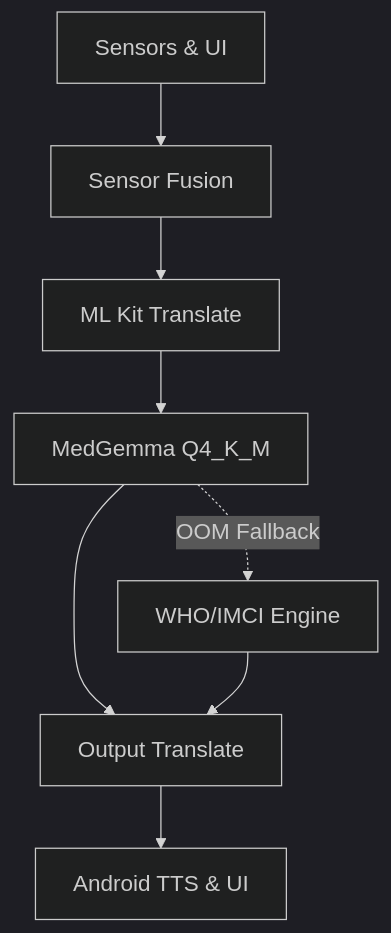
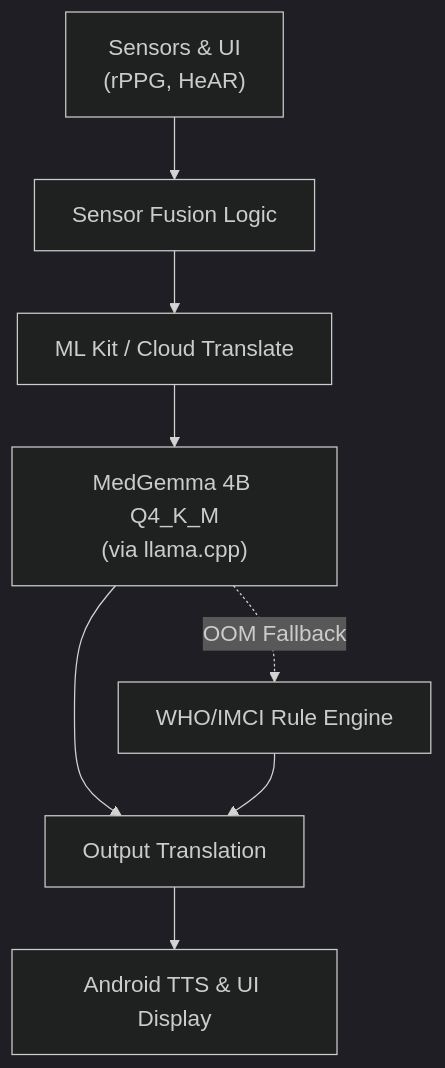
One commit to Elormyevu/nku-medgemma-conversion changed the diagram in kaggle_submission_appendix.md. Above: the diagram before and after it, drawn with Mermaid.

Commit message:
docs: Recreated full architecture diagram with Unicode Em-Space padding to fix Kaggle truncation bug

````diff
--- a/kaggle_submission_appendix.md
+++ b/kaggle_submission_appendix.md
@@ -752,11 +752,11 @@
 ```mermaid
 %%{init: {'theme':'dark', 'themeVariables':{'fontSize':'18px'}}}%%
 graph TD
-    Sensors["Sensors & UI"] --> Fusion["Sensor Fusion"]
-    Fusion --> TransIn["ML Kit Translate"]
-    TransIn --> MedGemma["MedGemma Q4_K_M"]
-    MedGemma -. "OOM Fallback" .-> IMCI["WHO/IMCI Engine"]
-    MedGemma --> TransOut["Output Translate"]
+    Sensors["   Sensors & UI\n(rPPG, HeAR)   "] --> Fusion["   Sensor Fusion Logic   "]
+    Fusion --> TransIn["   ML Kit / Cloud Translate   "]
+    TransIn --> MedGemma["   MedGemma 4B Q4_K_M\n(via llama.cpp)   "]
+    MedGemma -. "   OOM Fallback   " .-> IMCI["   WHO/IMCI Rule Engine   "]
+    MedGemma --> TransOut["   Output Translation   "]
     IMCI --> TransOut
-    TransOut --> TTS["Android TTS & UI"]
+    TransOut --> TTS["   Android TTS & UI Display   "]
 ```
````
